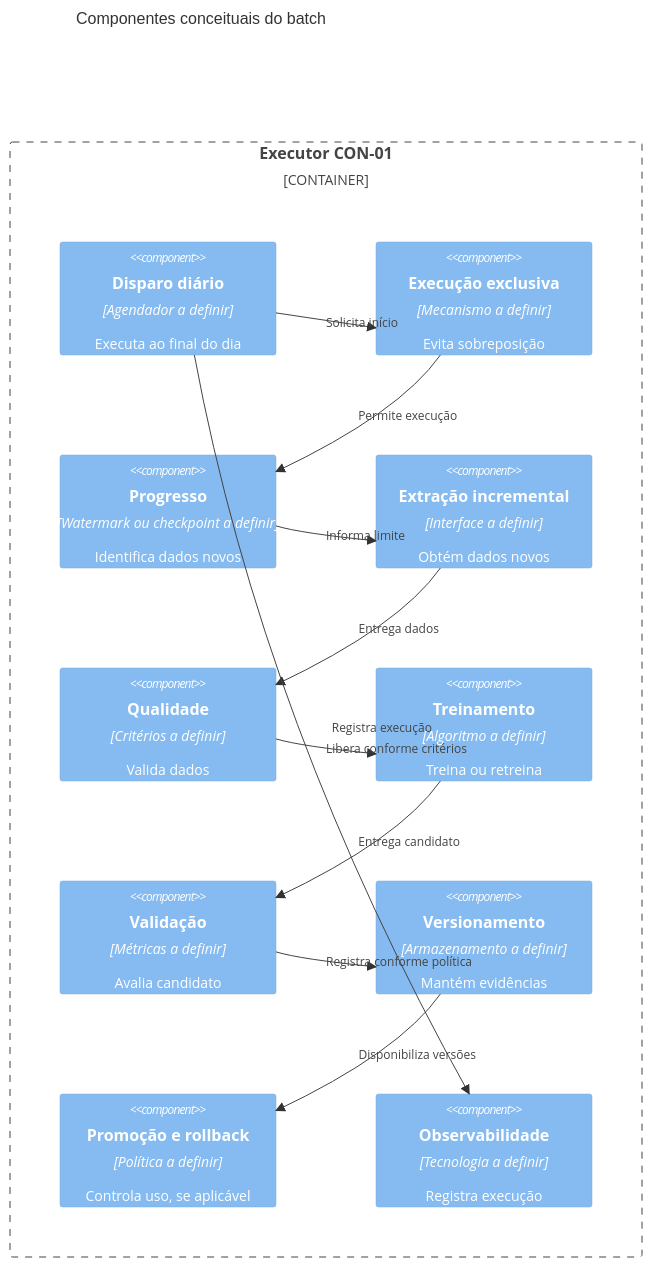
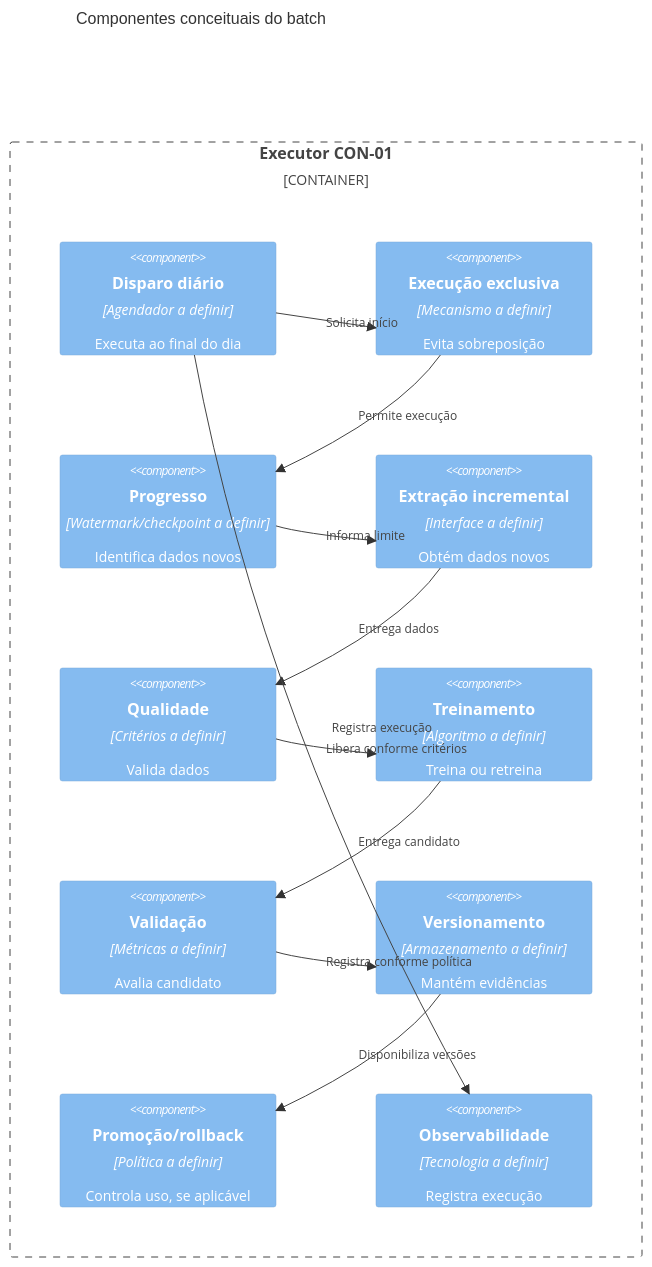
The fourth of 6 diagrams in docs/arquitetura.md (Jefferson-Silva-Geronimo/jefferson.geronimo-Foot-Fanatics), drawn with Mermaid before and after one commit. The commit also changed other lines of this file and 2 other files, not shown here.

````diff
--- a/docs/arquitetura.md
+++ b/docs/arquitetura.md
@@ -468,26 +339,25 @@
 ```mermaid
 C4Component
   title Componentes conceituais do batch
   Container_Boundary(batch, "Executor CON-01") {
     Component(disparo, "Disparo diário", "Agendador a definir", "Executa ao final do dia")
     Component(exclusao, "Execução exclusiva", "Mecanismo a definir", "Evita sobreposição")
-    Component(progresso, "Progresso", "Watermark ou checkpoint a definir", "Identifica dados novos")
+    Component(progresso, "Progresso", "Watermark/checkpoint a definir", "Identifica dados novos")
     Component(extracao, "Extração incremental", "Interface a definir", "Obtém dados novos")
     Component(qualidade, "Qualidade", "Critérios a definir", "Valida dados")
     Component(treino, "Treinamento", "Algoritmo a definir", "Treina ou retreina")
     Component(validacao, "Validação", "Métricas a definir", "Avalia candidato")
     Component(versao, "Versionamento", "Armazenamento a definir", "Mantém evidências")
-    Component(promocao, "Promoção e rollback", "Política a definir", "Controla uso, se aplicável")
+    Component(promocao, "Promoção/rollback", "Política a definir", "Controla uso, se aplicável")
     Component(obs, "Observabilidade", "Tecnologia a definir", "Registra execução")
   }
-
   Rel(disparo, exclusao, "Solicita início")
   Rel(exclusao, progresso, "Permite execução")
   Rel(progresso, extracao, "Informa limite")
   Rel(extracao, qualidade, "Entrega dados")
   Rel(qualidade, treino, "Libera conforme critérios")
   Rel(treino, validacao, "Entrega candidato")
   Rel(validacao, versao, "Registra conforme política")
   Rel(versao, promocao, "Disponibiliza versões")
   Rel(disparo, obs, "Registra execução")
 ```
````
